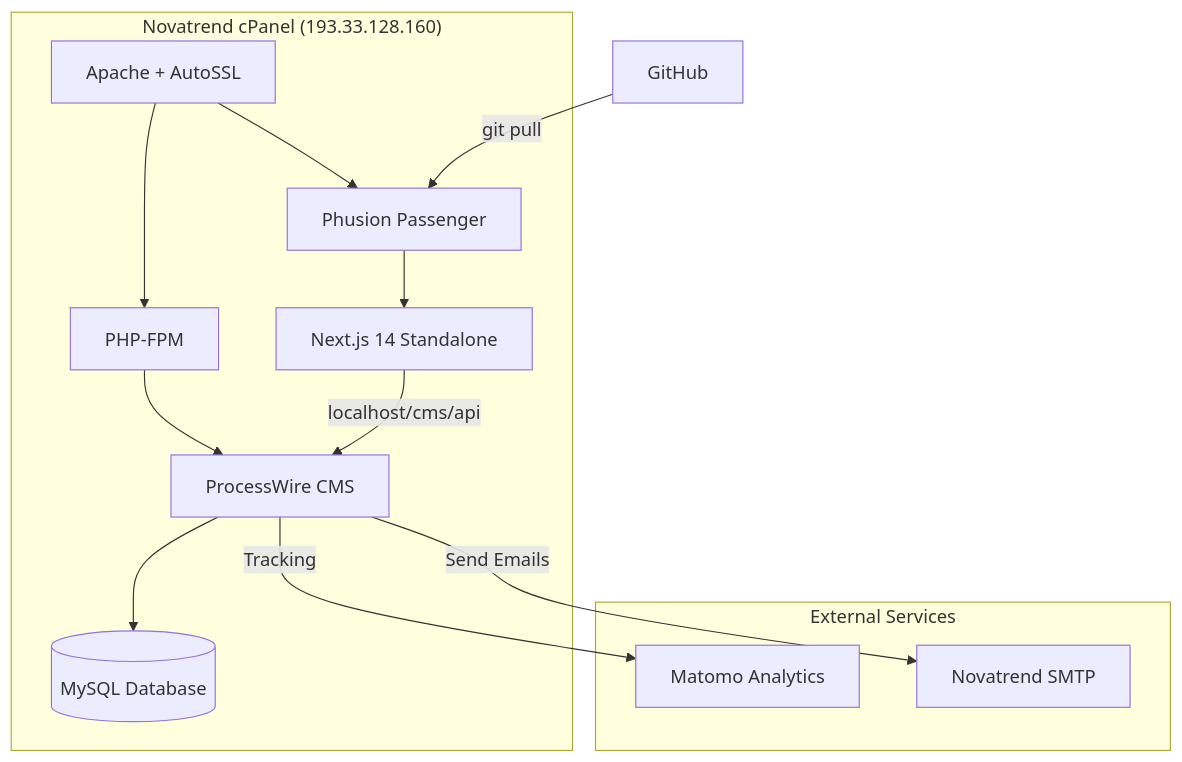
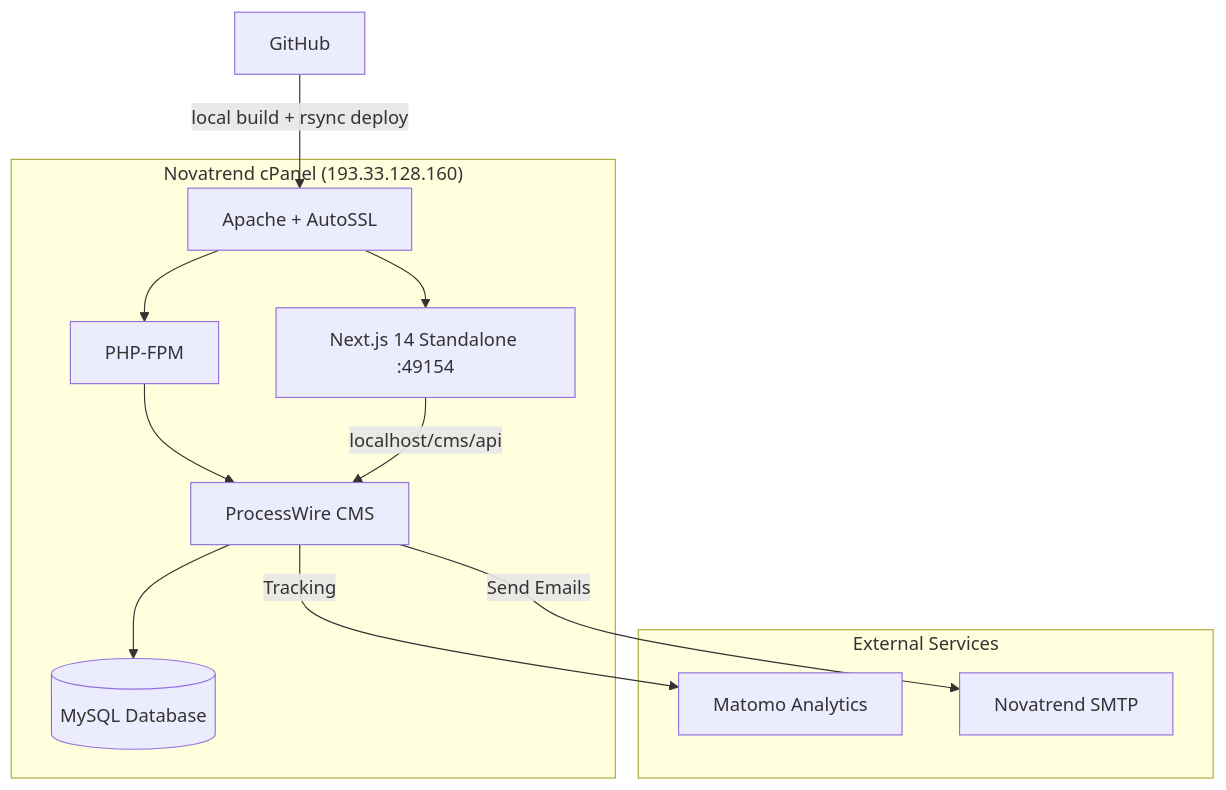
The first of 2 diagrams in HANDOFF.md (gemuesegenossenschaft-bioco/bioco-web-project), drawn with Mermaid before and after one commit. The commit also changed other lines of this file and 4 other files, not shown here.

````diff
--- a/HANDOFF.md
+++ b/HANDOFF.md
@@ -186,21 +187,20 @@
 ```mermaid
 graph TB
     subgraph "Novatrend cPanel (193.33.128.160)"
-        Passenger[Phusion Passenger] --> NextJS[Next.js 14 Standalone]
-        Apache[Apache + AutoSSL] --> Passenger
+        Apache[Apache + AutoSSL] --> NextJS[Next.js 14 Standalone :49154]
         Apache --> PHP[PHP-FPM]
         PHP --> ProcessWire[ProcessWire CMS]
         ProcessWire --> MySQL[(MySQL Database)]
         NextJS -->|localhost/cms/api| ProcessWire
     end
 
     subgraph "External Services"
         Matomo[Matomo Analytics]
         SMTP[Novatrend SMTP]
     end
 
     ProcessWire -->|Tracking| Matomo
     ProcessWire -->|Send Emails| SMTP
 
-    GitHub[GitHub] -->|git pull| Passenger
+    GitHub[GitHub] -->|local build + rsync deploy| Apache
 ```
````
